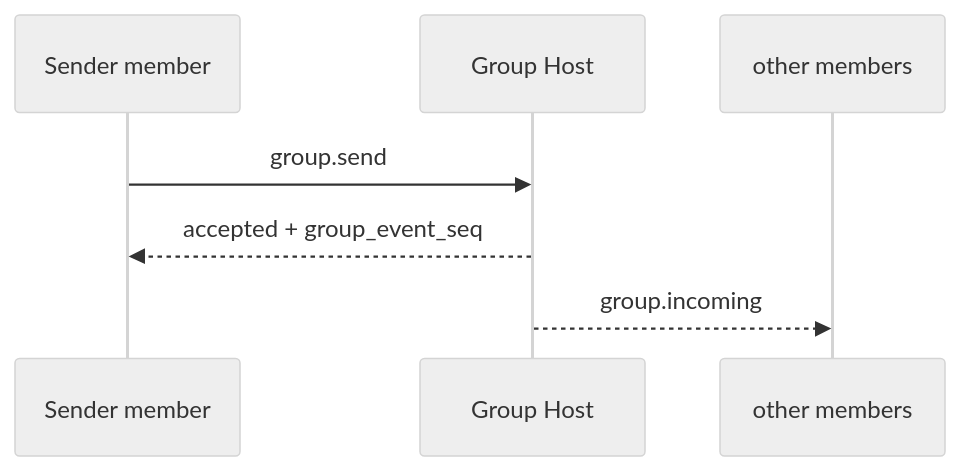
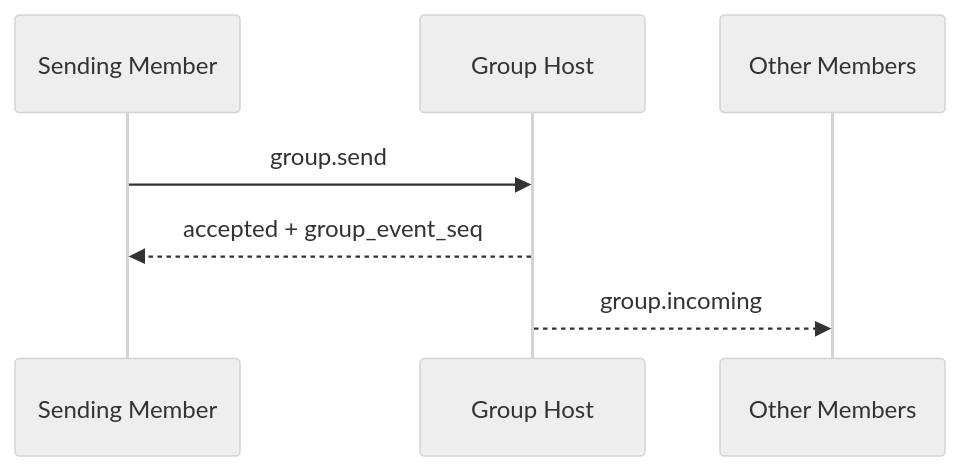
Before and after one commit to NeatNerdPrime/AgentNetworkProtocol: the fourth of 4 diagrams in message/04-group-messaging-base-semantics.md, drawn with Mermaid (neutral theme). The commit also changed other lines of this file and 7 other files, not shown here.

````diff
--- a/message/04-group-messaging-base-semantics.md
+++ b/message/04-group-messaging-base-semantics.md
@@ -952,10 +935,10 @@
 ```mermaid
 sequenceDiagram
-    participant A as Sender member
+    participant A as Sending Member
     participant H as Group Host
-    participant M as other members
+    participant M as Other Members
 
     A->>H: group.send
     H-->>A: accepted + group_event_seq
     H-->>M: group.incoming
 ```
````
